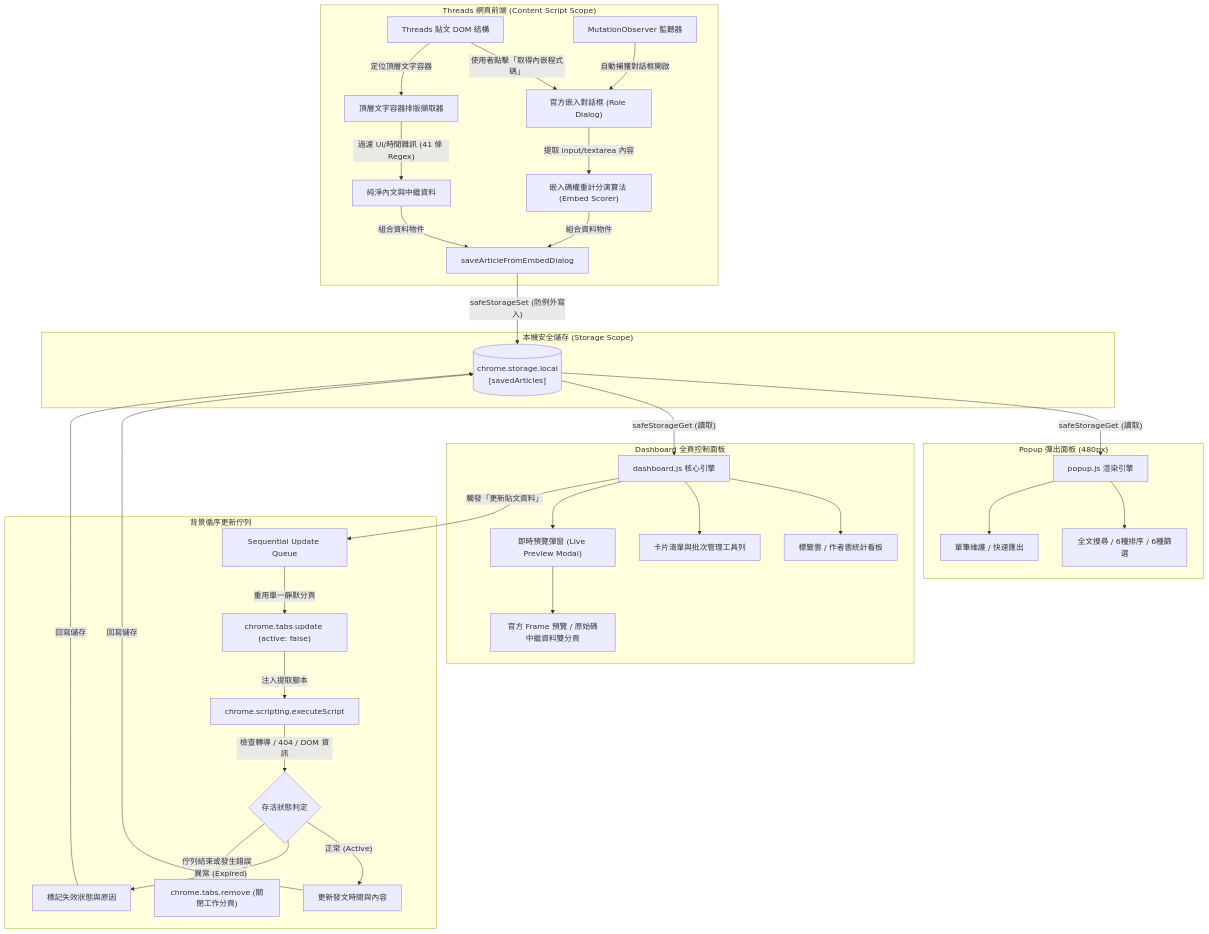
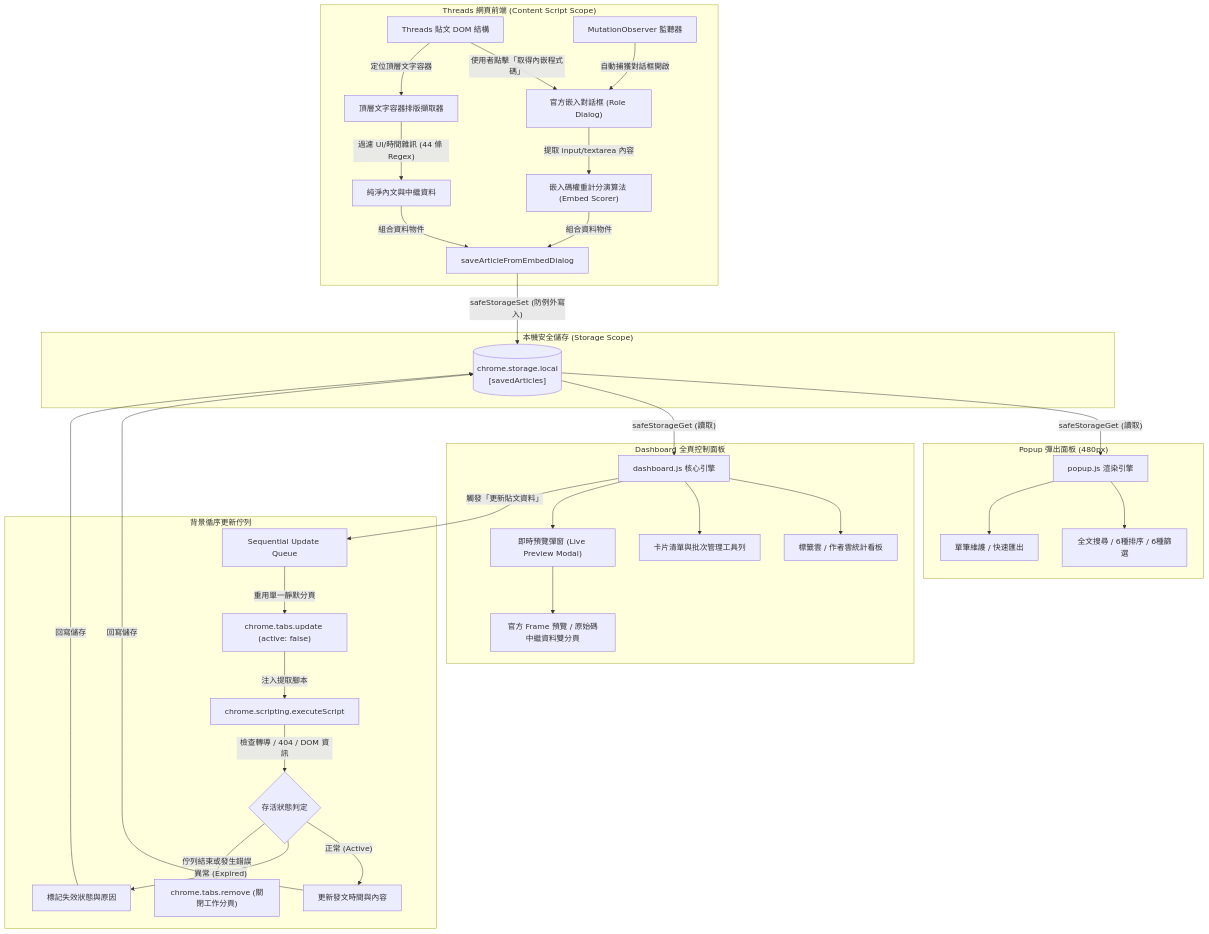
The first of 3 diagrams in README.md (Scorpio-meow/Threadkeep), drawn with Mermaid before and after one commit. The commit also changed other lines of this file and 4 other files, not shown here.

First line of the commit message:
fix(extractor): 修復內文含行內貼圖時抓不到內容與標頭標籤混入內文

````diff
--- a/README.md
+++ b/README.md
@@ -320,40 +321,40 @@
 ```mermaid
 flowchart TD
     subgraph ClientThreadsPage["Threads 網頁前端 (Content Script Scope)"]
         A["Threads 貼文 DOM 結構"] -->|"使用者點擊「取得內嵌程式碼」"| B["官方嵌入對話框 (Role Dialog)"]
         C["MutationObserver 監聽器"] -->|"自動捕獲對話框開啟"| B
         B -->|"提取 input/textarea 內容"| D["嵌入碼權重計分演算法 (Embed Scorer)"]
         A -->|"定位頂層文字容器"| E["頂層文字容器排版擷取器"]
-        E -->|"過濾 UI/時間雜訊 (41 條 Regex)"| F["純淨內文與中繼資料"]
+        E -->|"過濾 UI/時間雜訊 (44 條 Regex)"| F["純淨內文與中繼資料"]
         D & F -->|"組合資料物件"| G["saveArticleFromEmbedDialog"]
     end
 
     subgraph LocalDatabase["本機安全儲存 (Storage Scope)"]
         G -->|"safeStorageSet (防例外寫入)"| H[("chrome.storage.local\n[savedArticles]")]
     end
 
     subgraph PopupView["Popup 彈出面板 (480px)"]
         H -->|"safeStorageGet (讀取)"| I["popup.js 渲染引擎"]
         I --> J["全文搜尋 / 6種排序 / 6種篩選"]
         I --> K["單筆維護 / 快速匯出"]
     end
 
     subgraph DashboardView["Dashboard 全頁控制面板"]
         H -->|"safeStorageGet (讀取)"| L["dashboard.js 核心引擎"]
         L --> M["標籤雲 / 作者雲統計看板"]
         L --> N["卡片清單與批次管理工具列"]
         L --> O["即時預覽彈窗 (Live Preview Modal)"]
         O --> P["官方 Frame 預覽 / 原始碼中繼資料雙分頁"]
     end
 
     subgraph BackgroundQueue["背景循序更新佇列"]
         L -->|"觸發「更新貼文資料」"| Q["Sequential Update Queue"]
         Q -->|"重用單一靜默分頁"| R["chrome.tabs.update (active: false)"]
         R -->|"注入提取腳本"| S["chrome.scripting.executeScript"]
         S -->|"檢查轉導 / 404 / DOM 資訊"| T{"存活狀態判定"}
         T -->|"正常 (Active)"| U["更新發文時間與內容"]
         T -->|"異常 (Expired)"| V["標記失效狀態與原因"]
         U & V -->|"回寫儲存"| H
         T -->|"佇列結束或發生錯誤"| W["chrome.tabs.remove (關閉工作分頁)"]
     end
 ```
````
